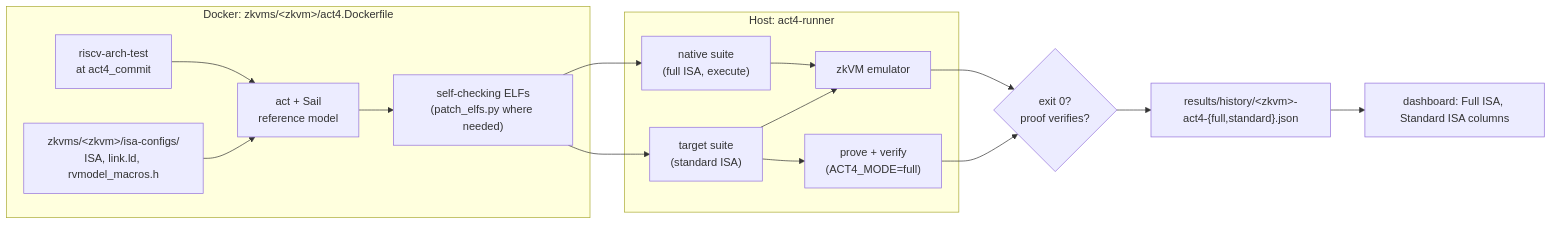
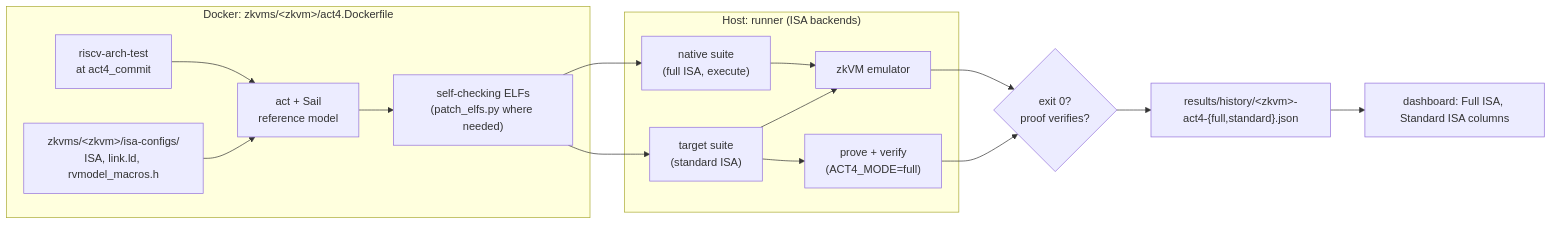
One commit to eth-act/zkevm-test-monitor changed the first of 2 diagrams in README.md. Above: the diagram before and after it, drawn with Mermaid. The commit also changed other lines of this file and 18 other files, not shown here.

First line of the commit message:
runner: one binary for the ISA and eth-act standards tests

````diff
--- a/README.md
+++ b/README.md
@@ -19,19 +19,19 @@
 ```mermaid
 flowchart LR
     subgraph docker["Docker: zkvms/&lt;zkvm&gt;/act4.Dockerfile"]
         tests["riscv-arch-test<br/>at act4_commit"] --> act["act + Sail<br/>reference model"]
         cfg["zkvms/&lt;zkvm&gt;/isa-configs/<br/>ISA, link.ld, rvmodel_macros.h"] --> act
         act --> elfs["self-checking ELFs<br/>(patch_elfs.py where needed)"]
     end
     elfs --> native["native suite<br/>(full ISA, execute)"]
     elfs --> target["target suite<br/>(standard ISA)"]
-    subgraph host["Host: act4-runner"]
+    subgraph host["Host: runner (ISA backends)"]
         native --> emu["zkVM emulator"]
         target --> emu
         target --> prove["prove + verify<br/>(ACT4_MODE=full)"]
     end
     emu --> verdict{"exit 0?<br/>proof verifies?"}
     prove --> verdict
     verdict --> hist["results/history/&lt;zkvm&gt;-act4-{full,standard}.json"]
     hist --> dash["dashboard: Full ISA, Standard ISA columns"]
 ```
````
